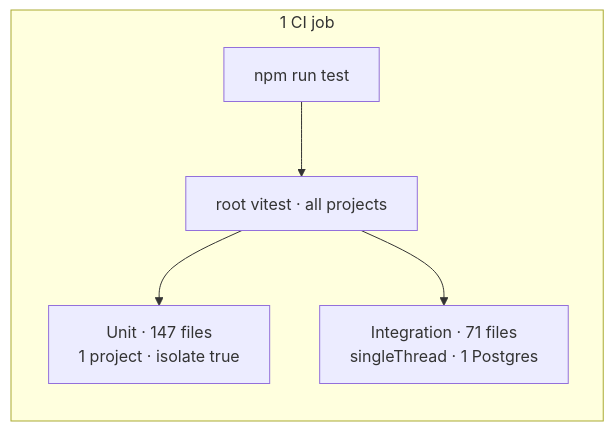
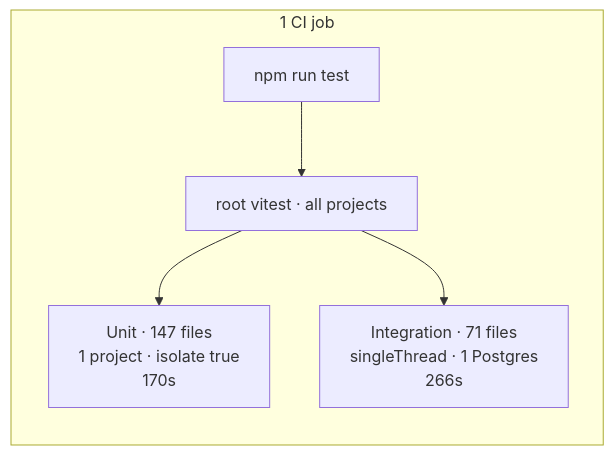
Before and after one commit to opengovsg/plumber: the first of 2 diagrams in docs/blog-speeding-up-vitest-tests.md, drawn with Mermaid. The commit also changed other lines of this file, not shown here.

Commit message:
docs: add Vitest durations to before/after diagrams

````diff
--- a/docs/blog-speeding-up-vitest-tests.md
+++ b/docs/blog-speeding-up-vitest-tests.md
@@ -52,13 +52,13 @@
 ```mermaid
 flowchart TB
   subgraph ci ["1 CI job"]
     direction TB
     RUN["npm run test"]
     ROOT["root vitest · all projects"]
-    U["Unit · 147 files\n1 project · isolate true"]
-    I["Integration · 71 files\nsingleThread · 1 Postgres"]
+    U["Unit · 147 files\n1 project · isolate true\n170s"]
+    I["Integration · 71 files\nsingleThread · 1 Postgres\n266s"]
     RUN --> ROOT
     ROOT --> U
     ROOT --> I
   end
 ```
````
